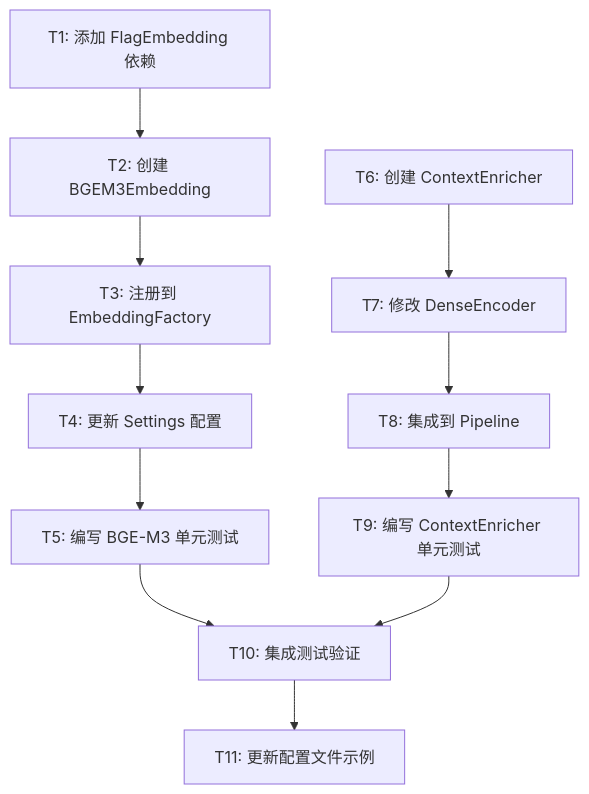
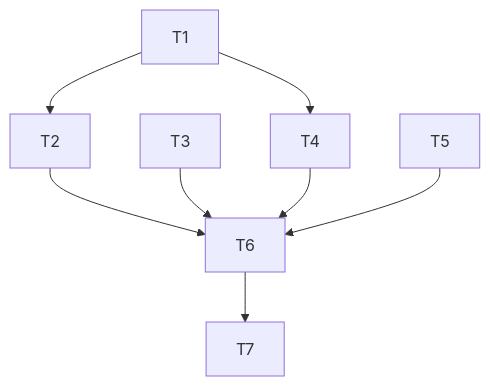
Before and after one commit to DetectHensenberg/RAG4JZDQ: the diagram in docs/检索增强优化/TASK_检索增强优化.md, drawn with Mermaid. The commit also changed other lines of this file and 193 other files, not shown here.

````diff
--- a/docs/检索增强优化/TASK_检索增强优化.md
+++ b/docs/检索增强优化/TASK_检索增强优化.md
@@ -10,15 +51,10 @@
 ```mermaid
 graph TD
-    T1[T1: 添加 FlagEmbedding 依赖] --> T2[T2: 创建 BGEM3Embedding]
-    T2 --> T3[T3: 注册到 EmbeddingFactory]
-    T3 --> T4[T4: 更新 Settings 配置]
-    T4 --> T5[T5: 编写 BGE-M3 单元测试]
-    
-    T6[T6: 创建 ContextEnricher] --> T7[T7: 修改 DenseEncoder]
-    T7 --> T8[T8: 集成到 Pipeline]
-    T8 --> T9[T9: 编写 ContextEnricher 单元测试]
-    
-    T5 --> T10[T10: 集成测试验证]
-    T9 --> T10
-    T10 --> T11[T11: 更新配置文件示例]
+    T1 --> T2
+    T1 --> T4
+    T2 --> T6
+    T3 --> T6
+    T4 --> T6
+    T5 --> T6
+    T6 --> T7
 ```
````
